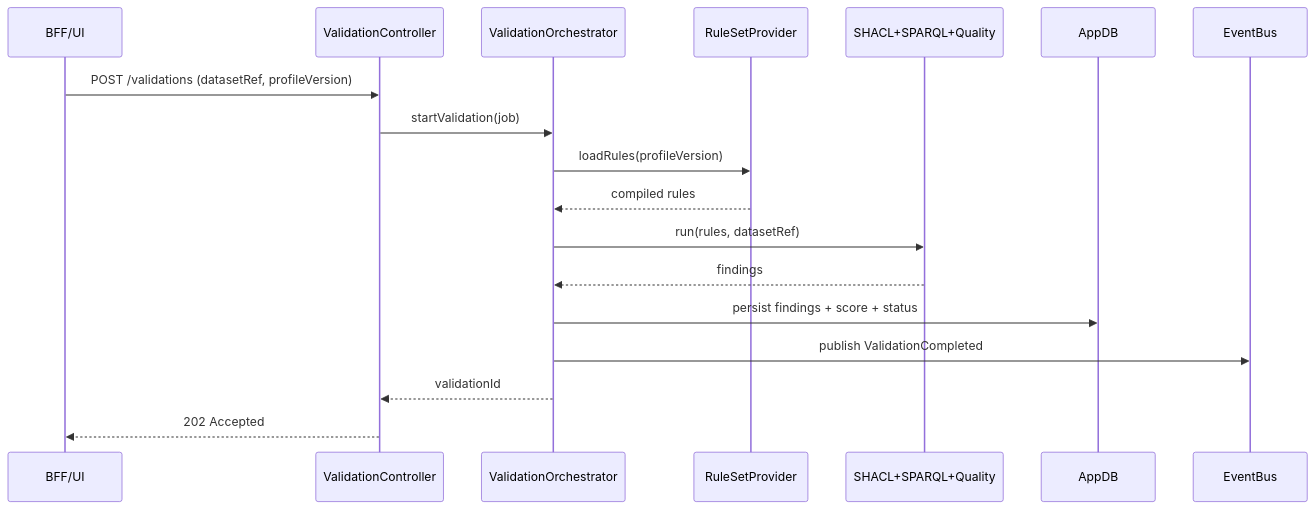
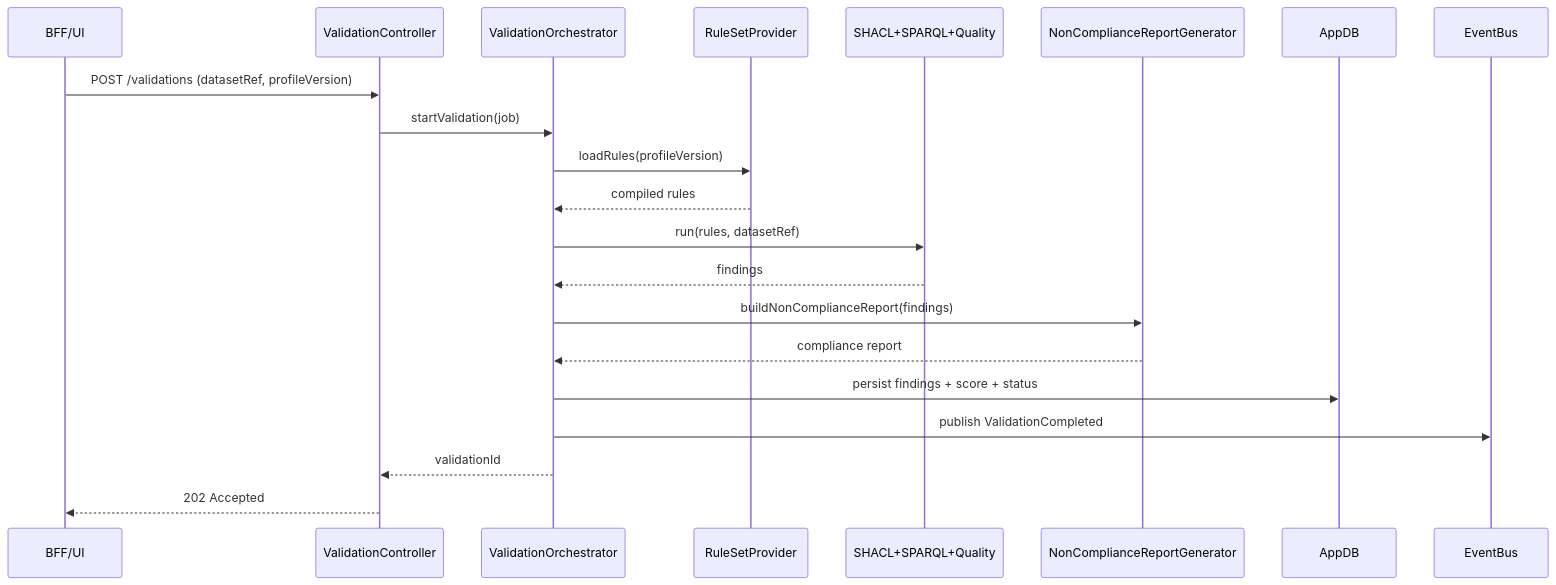
One commit to UM-KGPI/Napcore-ITS-Reporting changed the second of 2 diagrams in docs/architecture/c4-level4-validation.md. Above: the diagram before and after it, drawn with Mermaid. The commit also changed other lines of this file and 11 other files, not shown here.

Commit message:
Refine architecture diagrams against contract requirements

````diff
--- a/docs/architecture/c4-level4-validation.md
+++ b/docs/architecture/c4-level4-validation.md
@@ -61,21 +65,24 @@
 ```mermaid
 sequenceDiagram
     participant UI as BFF/UI
     participant API as ValidationController
     participant ORCH as ValidationOrchestrator
     participant RULES as RuleSetProvider
     participant ENGINES as SHACL+SPARQL+Quality
+    participant NCREP as NonComplianceReportGenerator
     participant DB as AppDB
     participant BUS as EventBus
 
     UI->>API: POST /validations (datasetRef, profileVersion)
     API->>ORCH: startValidation(job)
     ORCH->>RULES: loadRules(profileVersion)
     RULES-->>ORCH: compiled rules
     ORCH->>ENGINES: run(rules, datasetRef)
     ENGINES-->>ORCH: findings
+    ORCH->>NCREP: buildNonComplianceReport(findings)
+    NCREP-->>ORCH: compliance report
     ORCH->>DB: persist findings + score + status
     ORCH->>BUS: publish ValidationCompleted
     ORCH-->>API: validationId
     API-->>UI: 202 Accepted
 ```
````
